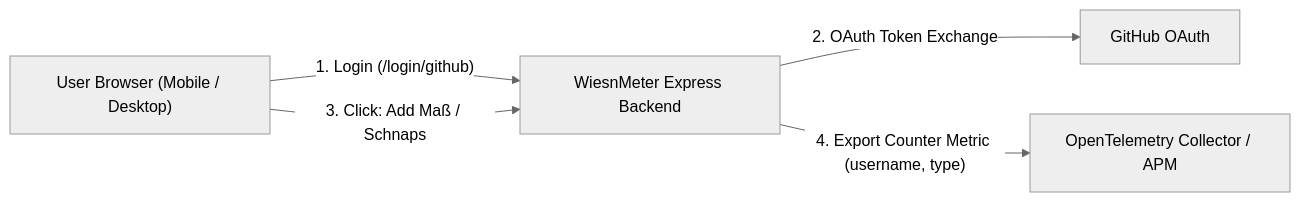
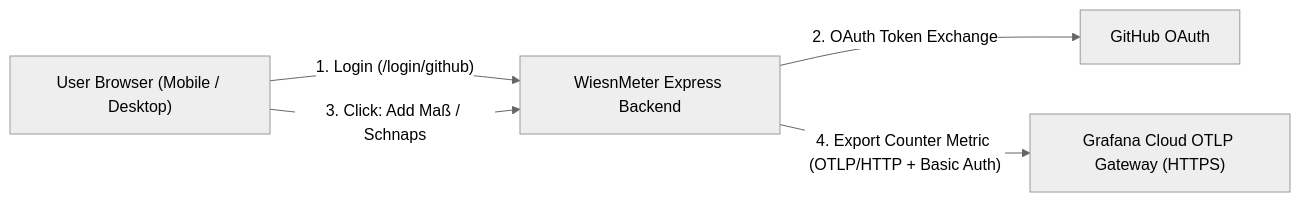
Before and after one commit to tillepille/WiesnMeter: the diagram in README.md, drawn with Mermaid (neutral theme). The commit also changed other lines of this file and 6 other files, not shown here.

Commit message:
feat: direct OTLP export to Grafana Cloud with authentication

````diff
--- a/README.md
+++ b/README.md
@@ -31,12 +31,12 @@
 ```mermaid
 flowchart LR
     Browser["User Browser (Mobile / Desktop)"]
     Server["WiesnMeter Express Backend"]
     GitHub["GitHub OAuth"]
-    OTel["OpenTelemetry Collector / APM"]
+    Grafana["Grafana Cloud OTLP Gateway (HTTPS)"]
 
     Browser -- "1. Login (/login/github)" --> Server
     Server -- "2. OAuth Token Exchange" --> GitHub
     Browser -- "3. Click: Add Maß / Schnaps" --> Server
-    Server -- "4. Export Counter Metric (username, type)" --> OTel
+    Server -- "4. Export Counter Metric (OTLP/HTTP + Basic Auth)" --> Grafana
 ```
````
